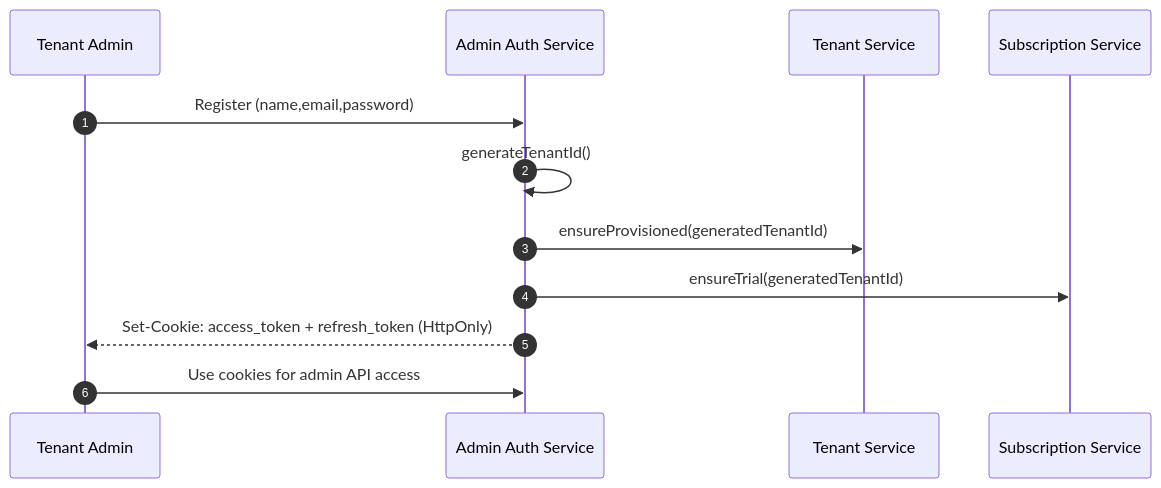
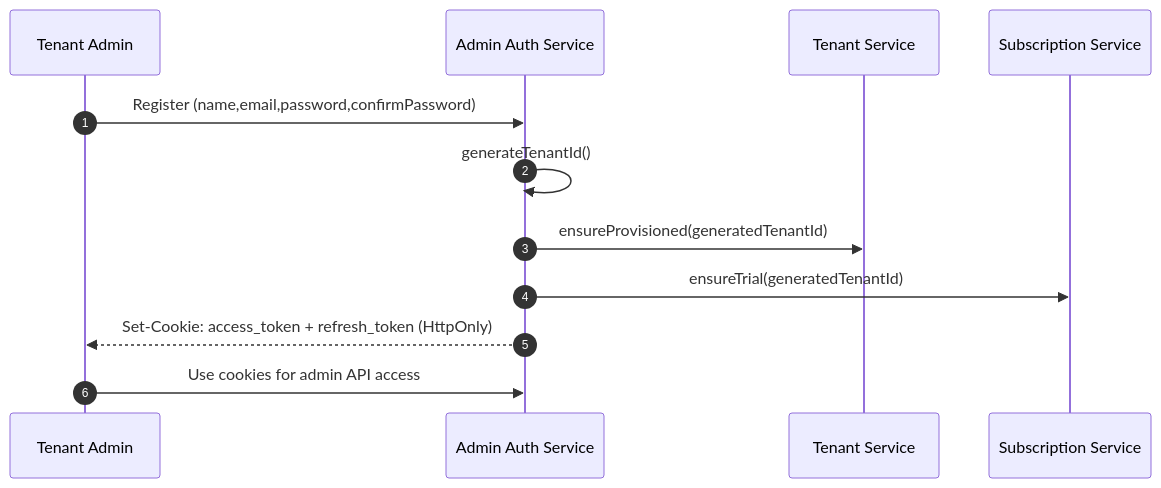
Before and after one commit to MuhibNayem/Survey-Engine: the second of 18 diagrams in docs/mvp/architecture-flow.md, drawn with Mermaid. The commit also changed 9 other files, not shown here.

````diff
--- a/docs/mvp/architecture-flow.md
+++ b/docs/mvp/architecture-flow.md
@@ -150,15 +150,15 @@
 ```mermaid
 sequenceDiagram
   autonumber
   participant TA as Tenant Admin
   participant AA as Admin Auth Service
   participant TS as Tenant Service
   participant SS as Subscription Service
 
-  TA->>AA: Register (name,email,password)
+  TA->>AA: Register (name,email,password,confirmPassword)
   AA->>AA: generateTenantId()
   AA->>TS: ensureProvisioned(generatedTenantId)
   AA->>SS: ensureTrial(generatedTenantId)
   AA-->>TA: Set-Cookie: access_token + refresh_token (HttpOnly)
   TA->>AA: Use cookies for admin API access
 ```
````
